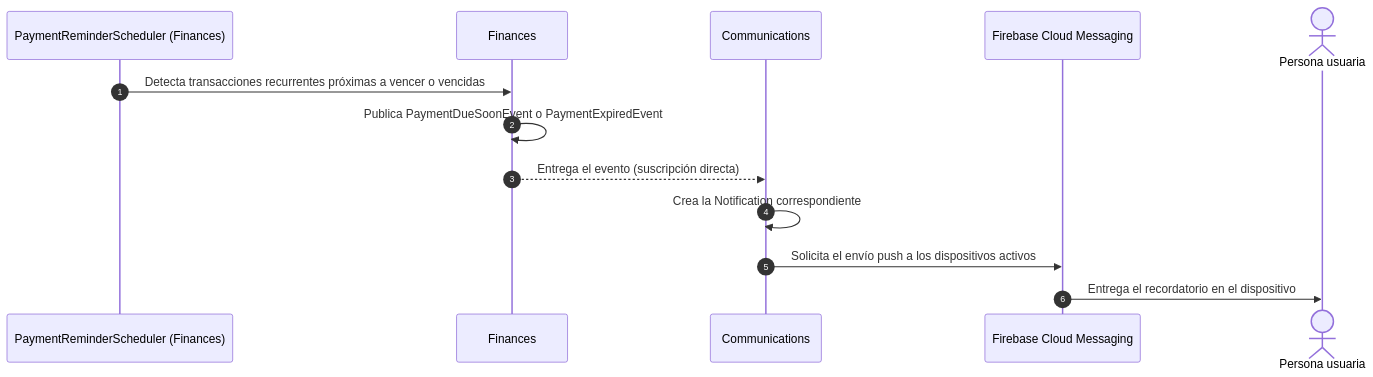
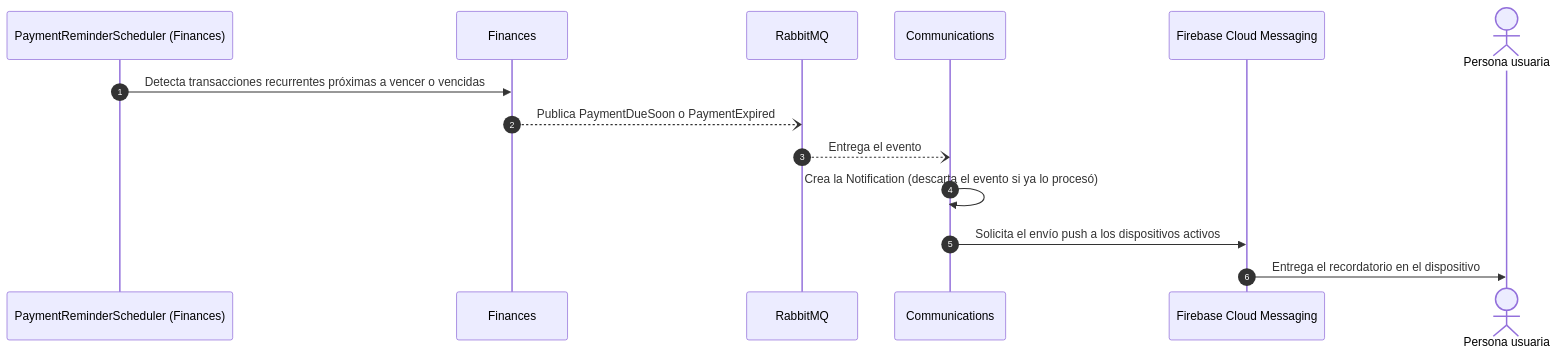
The fourth of 7 diagrams in docs/04-cha04-strategic-level-software-design.md (G3-Arquitectura-de-Software-Emergentes/TF_1ASI0728_202620_TF), drawn with Mermaid before and after one commit. The commit also changed other lines of this file and 18 other files, not shown here.

````diff
--- a/docs/04-cha04-strategic-level-software-design.md
+++ b/docs/04-cha04-strategic-level-software-design.md
@@ -703,15 +735,16 @@
 ```mermaid
 sequenceDiagram
     autonumber
     participant SCH as PaymentReminderScheduler (Finances)
     participant FIN as Finances
+    participant MQ as RabbitMQ
     participant COM as Communications
     participant FCM as Firebase Cloud Messaging
     actor U as Persona usuaria
     SCH->>FIN: Detecta transacciones recurrentes próximas a vencer o vencidas
-    FIN->>FIN: Publica PaymentDueSoonEvent o PaymentExpiredEvent
-    FIN-->>COM: Entrega el evento (suscripción directa)
-    COM->>COM: Crea la Notification correspondiente
+    FIN--)MQ: Publica PaymentDueSoon o PaymentExpired
+    MQ--)COM: Entrega el evento
+    COM->>COM: Crea la Notification (descarta el evento si ya lo procesó)
     COM->>FCM: Solicita el envío push a los dispositivos activos
     FCM->>U: Entrega el recordatorio en el dispositivo
 ```
````
